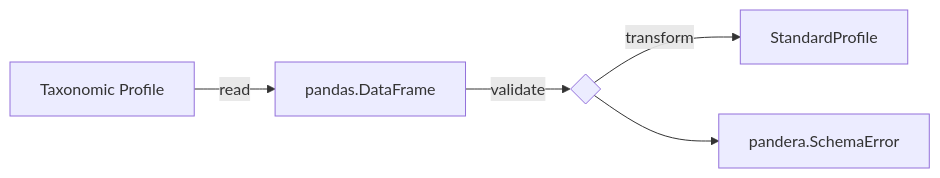
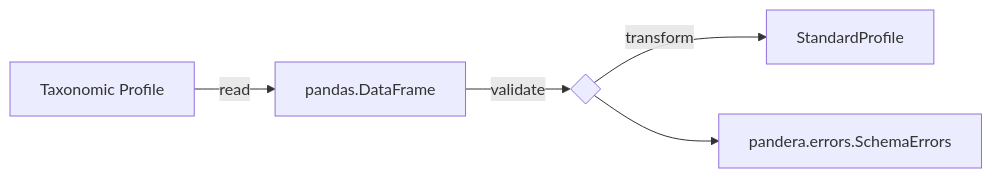
Before and after one commit to taxprofiler/taxpasta: the diagram in docs/contributing/supporting_new_profiler.md, drawn with Mermaid. The commit also changed other lines of this file and 2 other files, not shown here.

````diff
--- a/docs/contributing/supporting_new_profiler.md
+++ b/docs/contributing/supporting_new_profiler.md
@@ -25,7 +25,7 @@
 ```mermaid
 graph LR
   A[Taxonomic Profile] -->|read| B[pandas.DataFrame];
   B -->|validate| C{ };
   C -->|transform| D[StandardProfile];
-  C --> E[pandera.SchemaError];
+  C --> E[pandera.errors.SchemaErrors];
 ```
````
